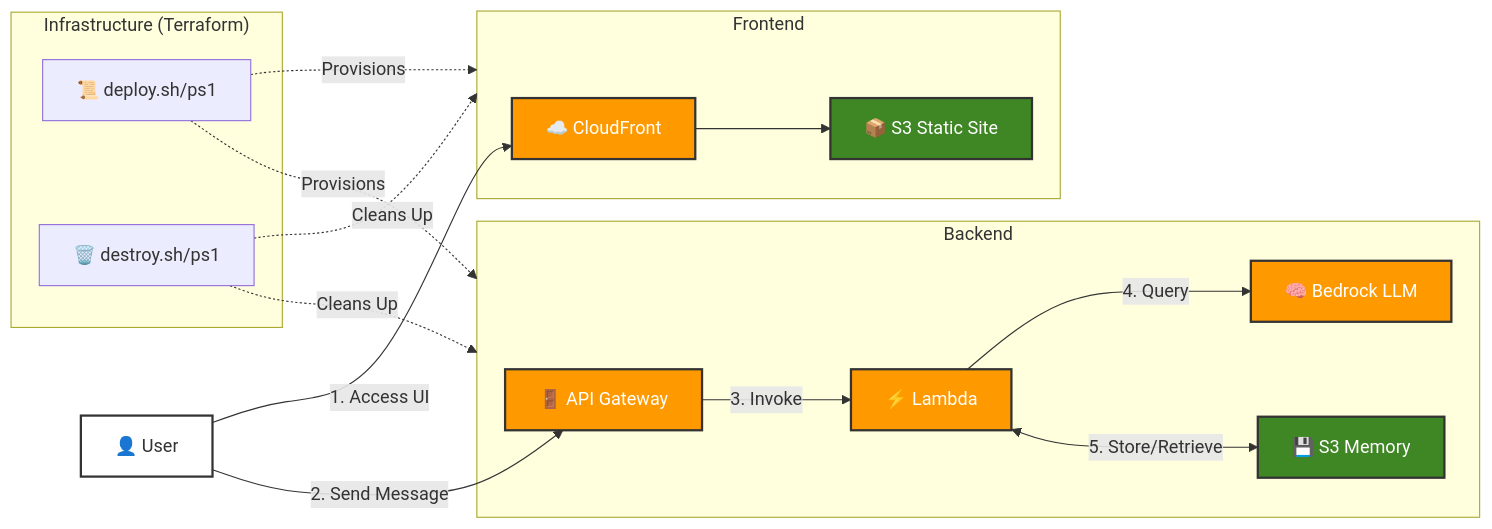
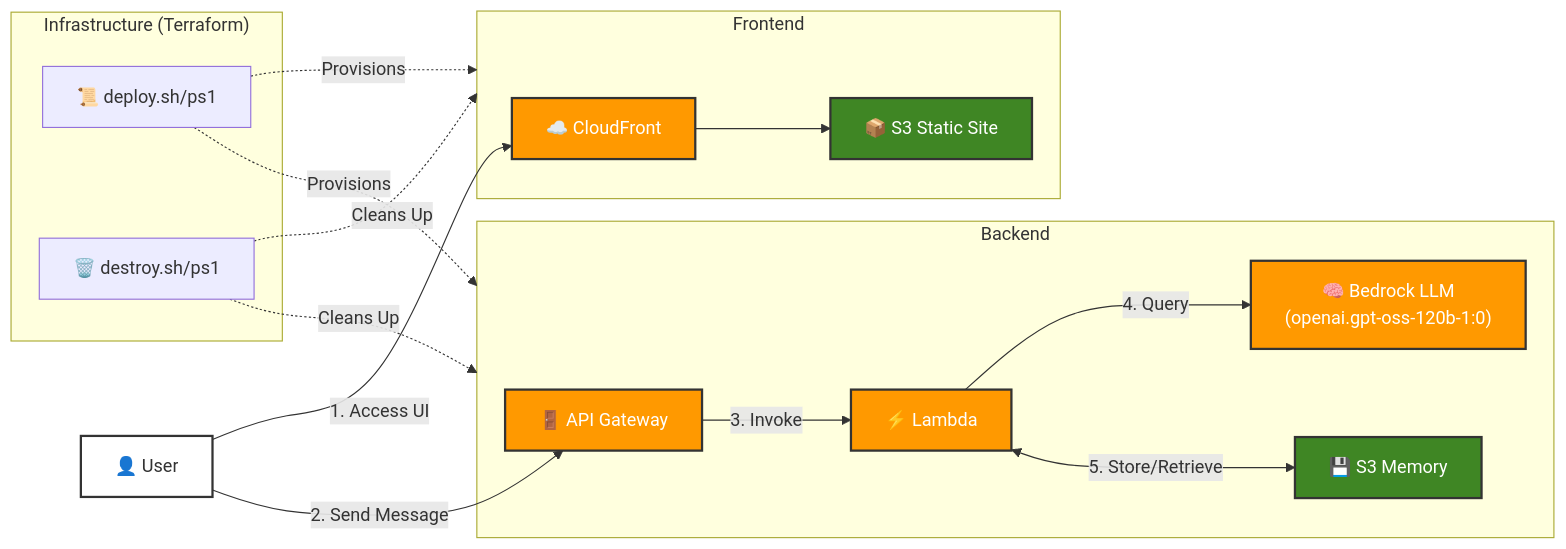
The diagram in week-2/day-4/README.md (baloglu321/mlops-journey), drawn with Mermaid before and after one commit.

Commit message:
week-2 day-4 commit-3

````diff
--- a/week-2/day-4/README.md
+++ b/week-2/day-4/README.md
@@ -18,41 +18,41 @@
 ```mermaid
 graph LR
     User[👤 User]
     
     subgraph Frontend
         CF[☁️ CloudFront]
         S3F[📦 S3 Static Site]
     end
     
     subgraph Backend
         APIGW[🚪 API Gateway]
         Lambda[⚡ Lambda]
-        Bedrock[🧠 Bedrock LLM]
+        Bedrock["🧠 Bedrock LLM<br/>(openai.gpt-oss-120b-1:0)"]
         S3M[💾 S3 Memory]
     end
     
     subgraph IaC["Infrastructure (Terraform)"]
         Deploy[📜 deploy.sh/ps1]
         Destroy[🗑️ destroy.sh/ps1]
     end
     
     User -->|1. Access UI| CF
     CF --> S3F
     User -->|2. Send Message| APIGW
     APIGW -->|3. Invoke| Lambda
     Lambda -->|4. Query| Bedrock
     Lambda <-->|5. Store/Retrieve| S3M
     
     Deploy -.->|Provisions| Frontend
     Deploy -.->|Provisions| Backend
     Destroy -.->|Cleans Up| Frontend
     Destroy -.->|Cleans Up| Backend
 
     style User fill:#fff,stroke:#333,stroke-width:2px
     style CF fill:#FF9900,stroke:#333,stroke-width:2px,color:#fff
     style APIGW fill:#FF9900,stroke:#333,stroke-width:2px,color:#fff
     style Lambda fill:#FF9900,stroke:#333,stroke-width:2px,color:#fff
     style Bedrock fill:#FF9900,stroke:#333,stroke-width:2px,color:#fff
     style S3F fill:#3F8624,stroke:#333,stroke-width:2px,color:#fff
     style S3M fill:#3F8624,stroke:#333,stroke-width:2px,color:#fff
 ```
````
